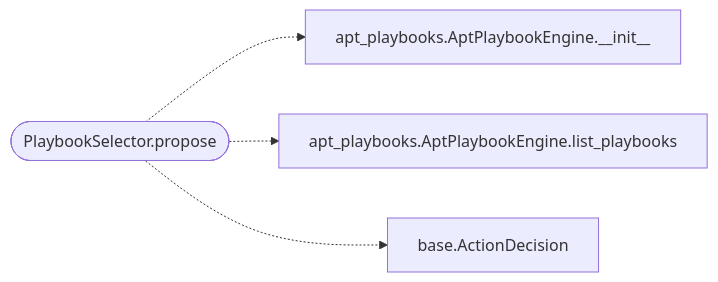
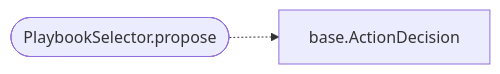
The diagram in readmenator-apidocs/modules/modules.selection.playbook.py.md (grisuno/LazyOwn), drawn with Mermaid before and after one commit. The commit also changed other lines of this file and 451 other files, not shown here.

````diff
--- a/readmenator-apidocs/modules/modules.selection.playbook.py.md
+++ b/readmenator-apidocs/modules/modules.selection.playbook.py.md
@@ -21,10 +25,6 @@
 ```mermaid
 flowchart LR
     n_modules_selection_playbook_py__PlaybookSelector_propose(["PlaybookSelector.propose"])
-    n_modules_apt_playbooks_py__AptPlaybookEngine___init__["apt_playbooks.AptPlaybookEngine.__init__"]
-    n_modules_apt_playbooks_py__AptPlaybookEngine_list_playbooks["apt_playbooks.AptPlaybookEngine.list_playbooks"]
     n_modules_selection_base_py__ActionDecision["base.ActionDecision"]
-    n_modules_selection_playbook_py__PlaybookSelector_propose -.-> n_modules_apt_playbooks_py__AptPlaybookEngine___init__
-    n_modules_selection_playbook_py__PlaybookSelector_propose -.-> n_modules_apt_playbooks_py__AptPlaybookEngine_list_playbooks
     n_modules_selection_playbook_py__PlaybookSelector_propose -.-> n_modules_selection_base_py__ActionDecision
 ```
````
